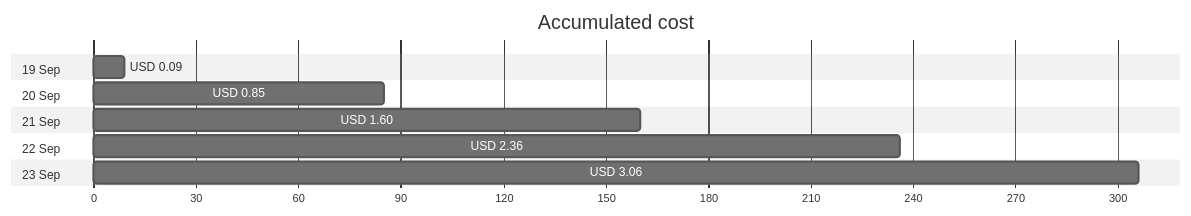
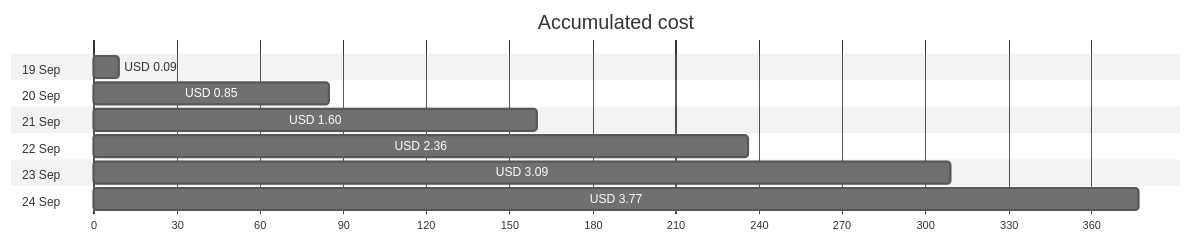
The first of 4 diagrams in cost-reports/personal-network/backup-server-data-disk.md (jpfulton/azure-personal-reports), drawn with Mermaid (neutral theme) before and after one commit. The commit also changed other lines of this file and 9 other files, not shown here.

````diff
--- a/cost-reports/personal-network/backup-server-data-disk.md
+++ b/cost-reports/personal-network/backup-server-data-disk.md
@@ -20,16 +20,18 @@
 ```mermaid
 gantt
    title Accumulated cost
    dateFormat  X
    axisFormat %s
    section 19 Sep
    USD 0.09 :0, 9
    section 20 Sep
    USD 0.85 :0, 85
    section 21 Sep
    USD 1.60 :0, 160
    section 22 Sep
    USD 2.36 :0, 236
    section 23 Sep
-   USD 3.06 :0, 306
+   USD 3.09 :0, 309
+   section 24 Sep
+   USD 3.77 :0, 377
 ```
````
